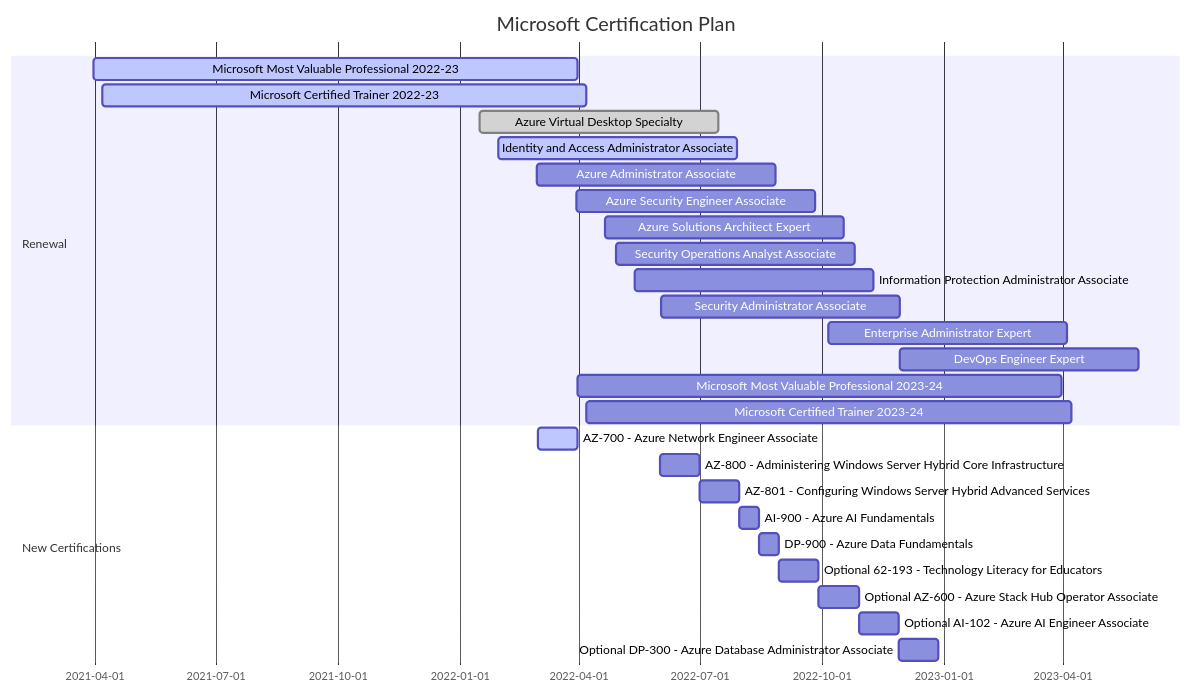
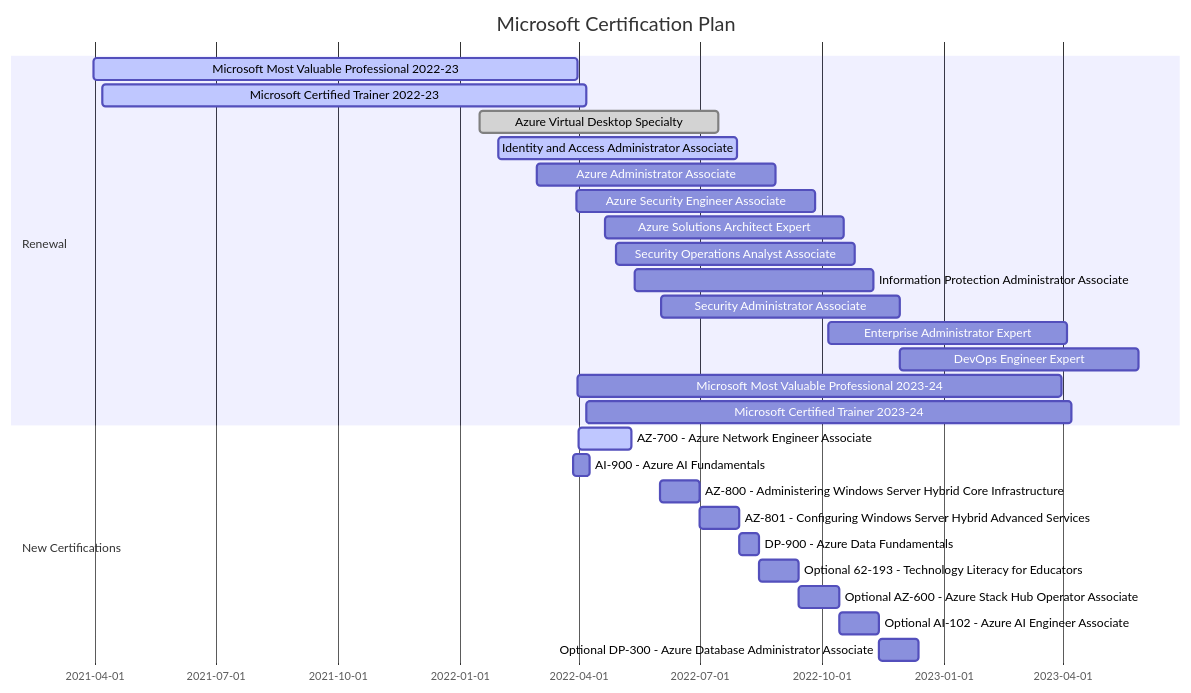
The diagram in README.md (vukasinterzic/vukasinterzic), drawn with Mermaid before and after one commit.

Commit message:
certification updated

````diff
--- a/README.md
+++ b/README.md
@@ -38,31 +38,31 @@
 ```mermaid
     gantt
     title Microsoft Certification Plan
     dateFormat  YYYY-MM-DD
     section Renewal
     Microsoft Most Valuable Professional 2022-23    :active, 2021-03-31, 365d
     Microsoft Certified Trainer 2022-23             :active, 2021-04-07, 365d
     Azure Virtual Desktop Specialty                 :done, 2022-01-16, 180d
     Identity and Access Administrator Associate     :active, 2022-01-30, 180d
     Azure Administrator Associate                   :a2, 2022-02-28, 180d
     Azure Security Engineer Associate               :a3, 2022-03-30, 180d
     Azure Solutions Architect Expert                :a4, 2022-04-21, 180d
     Security Operations Analyst Associate           :a5, 2022-04-29, 180d
     Information Protection Administrator Associate  :a6, 2022-05-13, 180d
     Security Administrator Associate                :a7, 2022-06-02, 180d
     Enterprise Administrator Expert                 :a8, 2022-10-06, 180d
     DevOps Engineer Expert                          :a9, 2022-11-29, 180d
     Microsoft Most Valuable Professional 2023-24    :a10, 2022-03-31, 365d
     Microsoft Certified Trainer 2023-24             :a11, 2022-04-07, 365d
 
     section New Certifications
-    AZ-700 - Azure Network Engineer Associate       :active, 2022-03-01, 30d
-    AZ-800 - Administering Windows Server Hybrid Core Infrastructure    :a12, 2022-06-01, 30d
-    AZ-801 - Configuring Windows Server Hybrid Advanced Services        :a13, after a12, 30d
-    AI-900 - Azure AI Fundamentals                                      :a14, after a13, 15d
+    AZ-700 - Azure Network Engineer Associate       :active, 2022-04-01, 40d
+    AI-900 - Azure AI Fundamentals                                      :a12, 2022-03-28, 12d
+    AZ-800 - Administering Windows Server Hybrid Core Infrastructure    :a13, 2022-06-01, 30d
+    AZ-801 - Configuring Windows Server Hybrid Advanced Services        :a14, after a13, 30d
     DP-900 - Azure Data Fundamentals                                    :a15, after a14, 15d
     Optional 62-193 - Technology Literacy for Educators                 :a16, after a15, 30d
     Optional AZ-600 - Azure Stack Hub Operator Associate                :a17, after a16, 30d
     Optional AI-102 - Azure AI Engineer Associate                       :a18, after a17, 30d
     Optional DP-300 - Azure Database Administrator Associate            :a19, after a18, 30d
 ```
````
